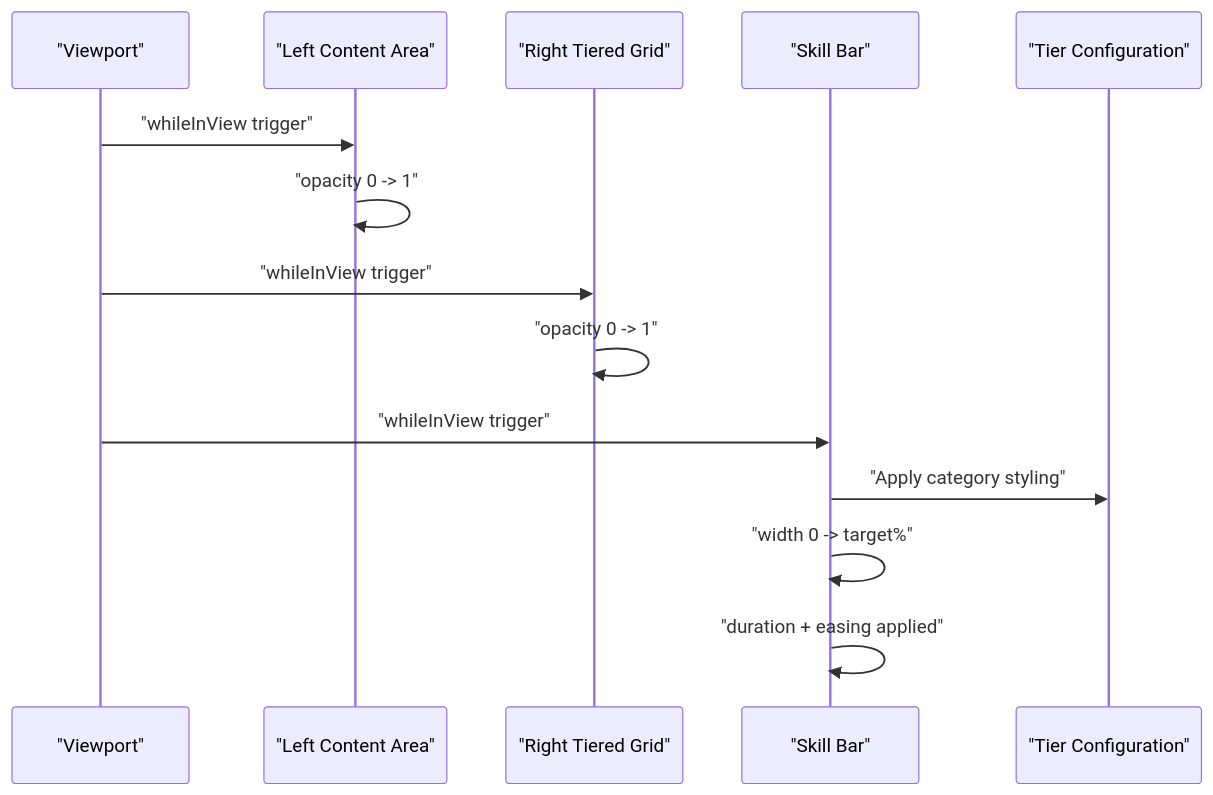
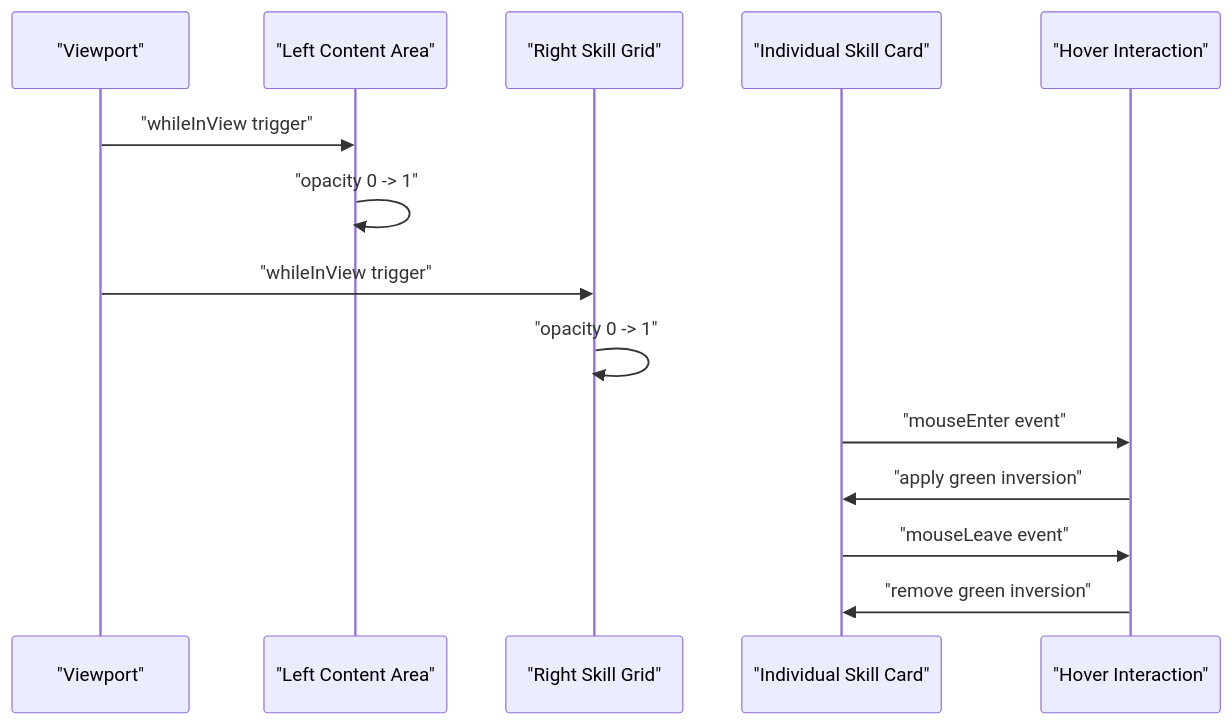
Before and after one commit to subash7781/Portfolio: the third of 4 diagrams in .qoder/repowiki/en/content/Component Library & UI Elements/BentoSection Component.md, drawn with Mermaid. The commit also changed other lines of this file and 3 other files, not shown here.

````diff
--- a/.qoder/repowiki/en/content/Component Library & UI Elements/BentoSection Component.md
+++ b/.qoder/repowiki/en/content/Component Library & UI Elements/BentoSection Component.md
@@ -181,16 +185,16 @@
 ```mermaid
 sequenceDiagram
 participant Viewport as "Viewport"
 participant LeftCard as "Left Content Area"
-participant RightCard as "Right Tiered Grid"
-participant SkillBar as "Skill Bar"
-participant TierConfig as "Tier Configuration"
+participant RightCard as "Right Skill Grid"
+participant SkillCard as "Individual Skill Card"
+participant HoverSystem as "Hover Interaction"
 Viewport->>LeftCard : "whileInView trigger"
 LeftCard->>LeftCard : "opacity 0 -> 1"
 Viewport->>RightCard : "whileInView trigger"
 RightCard->>RightCard : "opacity 0 -> 1"
-Viewport->>SkillBar : "whileInView trigger"
-SkillBar->>TierConfig : "Apply category styling"
-SkillBar->>SkillBar : "width 0 -> target%"
-SkillBar->>SkillBar : "duration + easing applied"
+SkillCard->>HoverSystem : "mouseEnter event"
+HoverSystem->>SkillCard : "apply green inversion"
+SkillCard->>HoverSystem : "mouseLeave event"
+HoverSystem->>SkillCard : "remove green inversion"
 ```
````
